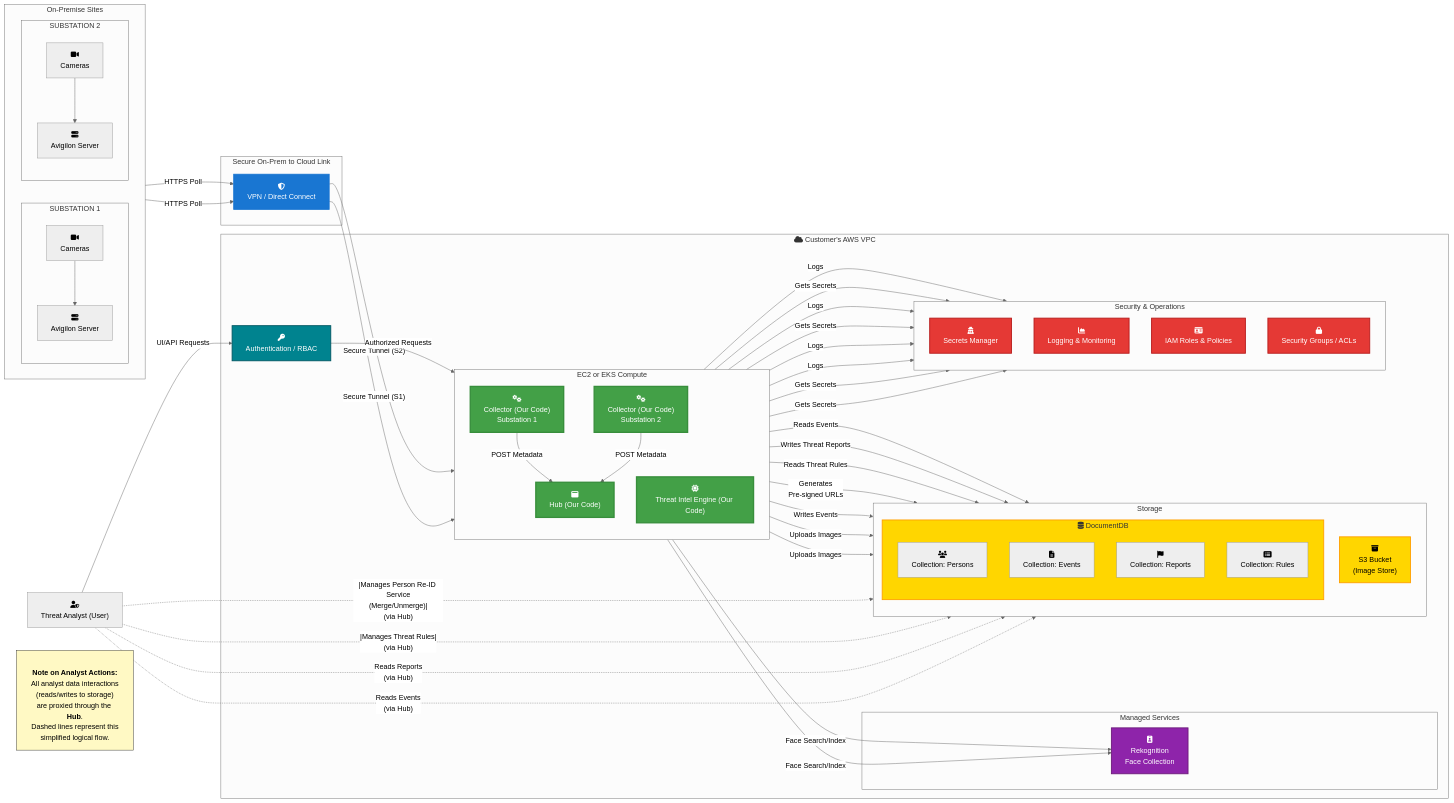
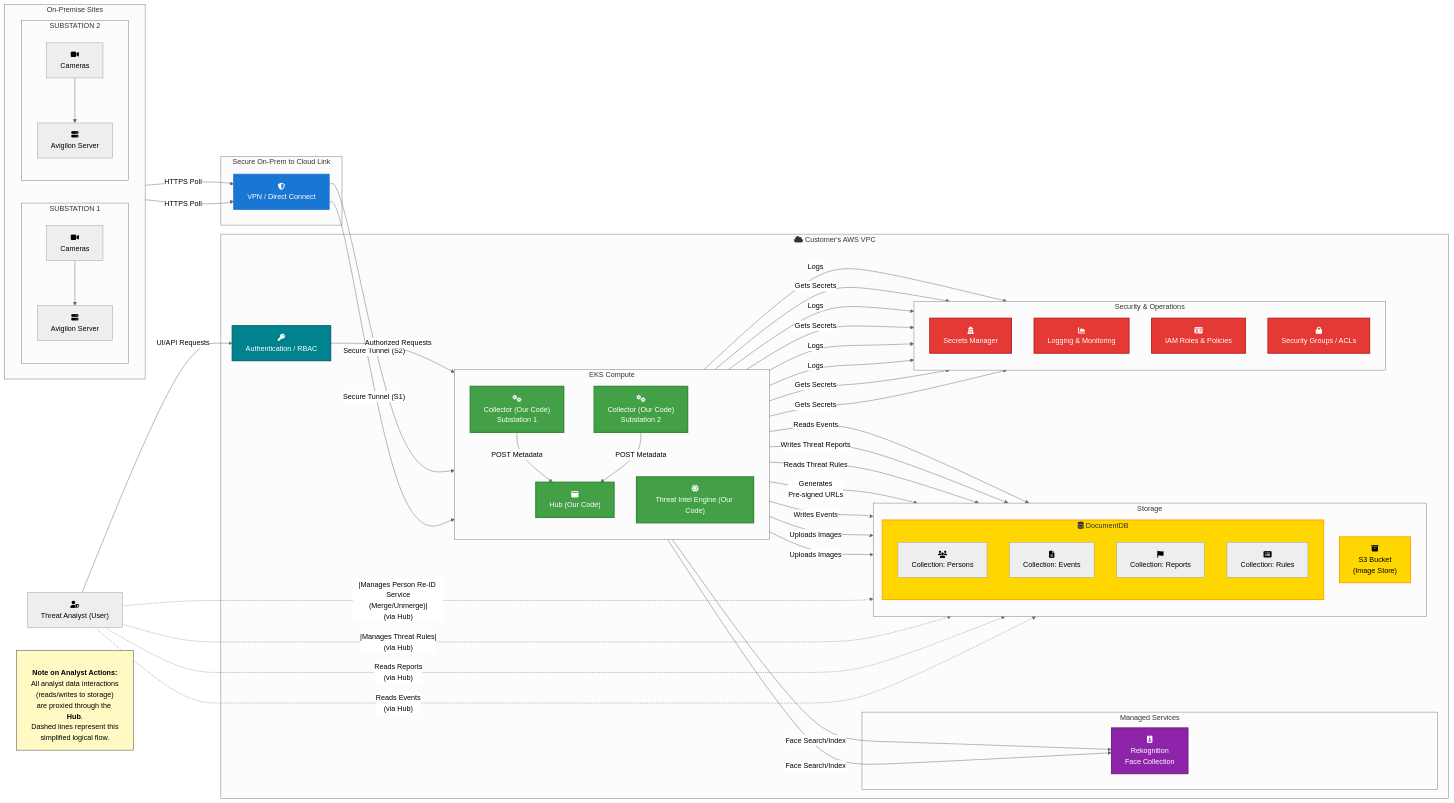
One commit to mscdw/Duke-Backend changed the diagram in System Diagram.md. Above: the diagram before and after it, drawn with Mermaid. The commit also changed other lines of this file, not shown here.

Commit message:
Update System Diagram.md

```diff
--- a/System Diagram.md
+++ b/System Diagram.md
@@ -62,7 +119,7 @@
  subgraph subGraph3["Secure On-Prem to Cloud Link"]
     vpn["fa:fa-shield-alt<br>VPN / Direct Connect"]
  end
- subgraph subGraph4["EC2 or EKS Compute"]
+ subgraph subGraph4["EKS Compute"]
   direction TB
     collector1["fa:fa-cogs<br>Collector (Our Code)<br>Substation 1"]
     collector2["fa:fa-cogs<br>Collector (Our Code)<br>Substation 2"]
@@ -86,7 +143,7 @@
  subgraph subGraph8["Security & Operations"]
   direction TB
     secrets_manager["fa:fa-user-secret<br>Secrets Manager"]
-    cloudwatch["fa:fa-chart-area<br>Logging &amp; Monitoring"]
+    splunk["fa:fa-chart-area<br>Logging &amp; Monitoring"]
     iam["fa:fa-id-card<br>IAM Roles &amp; Policies"]
     sg["fa:fa-lock<br>Security Groups / ACLs"]
  end
@@ -111,17 +168,17 @@
   collector2 -- Gets Secrets --> secrets_manager
   collector1 -- POST Metadata --> hub
   collector2 -- POST Metadata --> hub
-  collector1 -- Logs --> cloudwatch
-  collector2 -- Logs --> cloudwatch
+  collector1 -- Logs --> splunk
+  collector2 -- Logs --> splunk
   hub -- Writes Events --> events_coll
   hub -- "Generates<br>Pre-signed URLs" --> s3_bucket
   hub -- Gets Secrets --> secrets_manager
-  hub -- Logs --> cloudwatch
+  hub -- Logs --> splunk
   threat_intel_engine -- Reads Threat Rules --> rules_coll
   threat_intel_engine -- Writes Threat Reports --> reports_coll
   threat_intel_engine -- Gets Secrets --> secrets_manager
   threat_intel_engine -- Reads Events --> events_coll
-  threat_intel_engine -- Logs --> cloudwatch
+  threat_intel_engine -- Logs --> splunk
   human_analyst["fa:fa-user-shield<br>Threat Analyst (User)"] -- UI/API Requests --> rbac
   rbac -- Authorized Requests --> hub
   human_analyst -. Reads Events<br>(via Hub) .-> events_coll
@@ -138,7 +195,7 @@
   style s3_bucket fill:#ffd600,stroke:#ffa000,stroke-width:2px
   style subGraph6 fill:#ffd600,stroke:#ffa000,stroke-width:2px
   style secrets_manager fill:#e53935,stroke:#b71c1c,stroke-width:2px,color:#fff
-  style cloudwatch fill:#e53935,stroke:#b71c1c,stroke-width:2px,color:#fff
+  style splunk fill:#e53935,stroke:#b71c1c,stroke-width:2px,color:#fff
   style iam fill:#e53935,stroke:#b71c1c,stroke-width:2px,color:#fff
   style sg fill:#e53935,stroke:#b71c1c,stroke-width:2px,color:#fff
   style rbac fill:#00838f,stroke:#005662,stroke-width:2px,color:#fff
```
